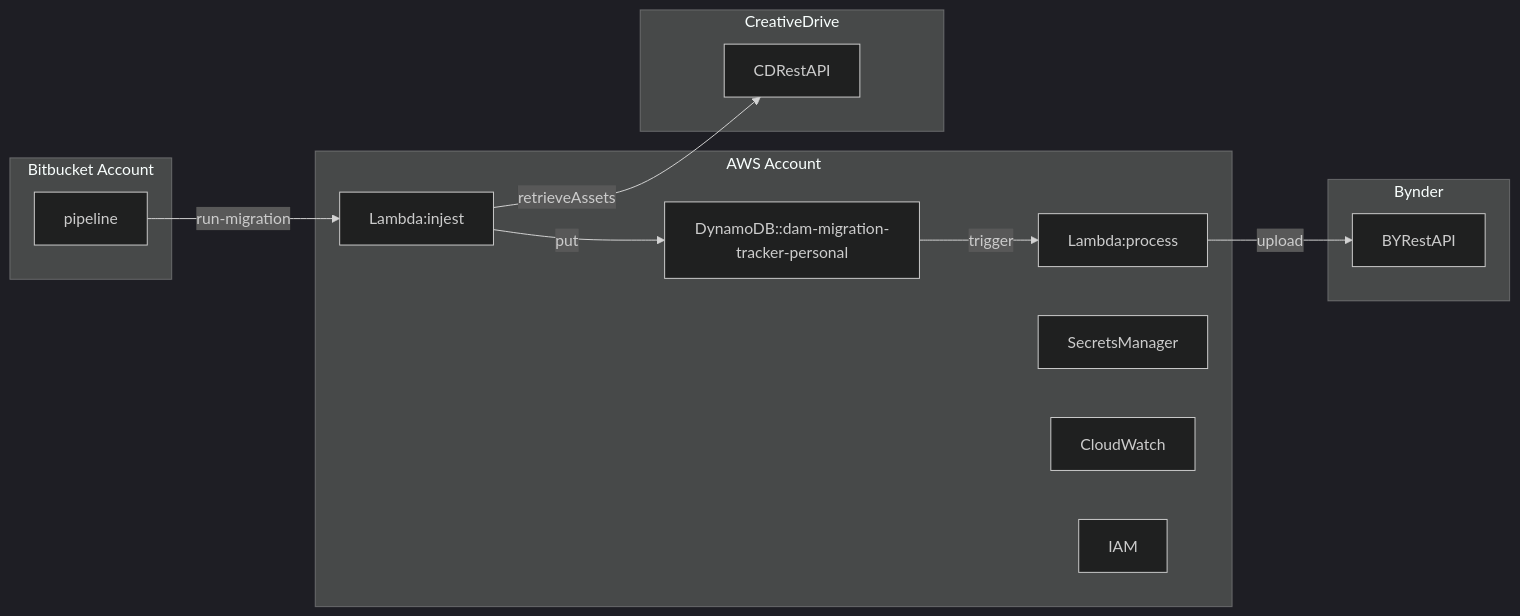
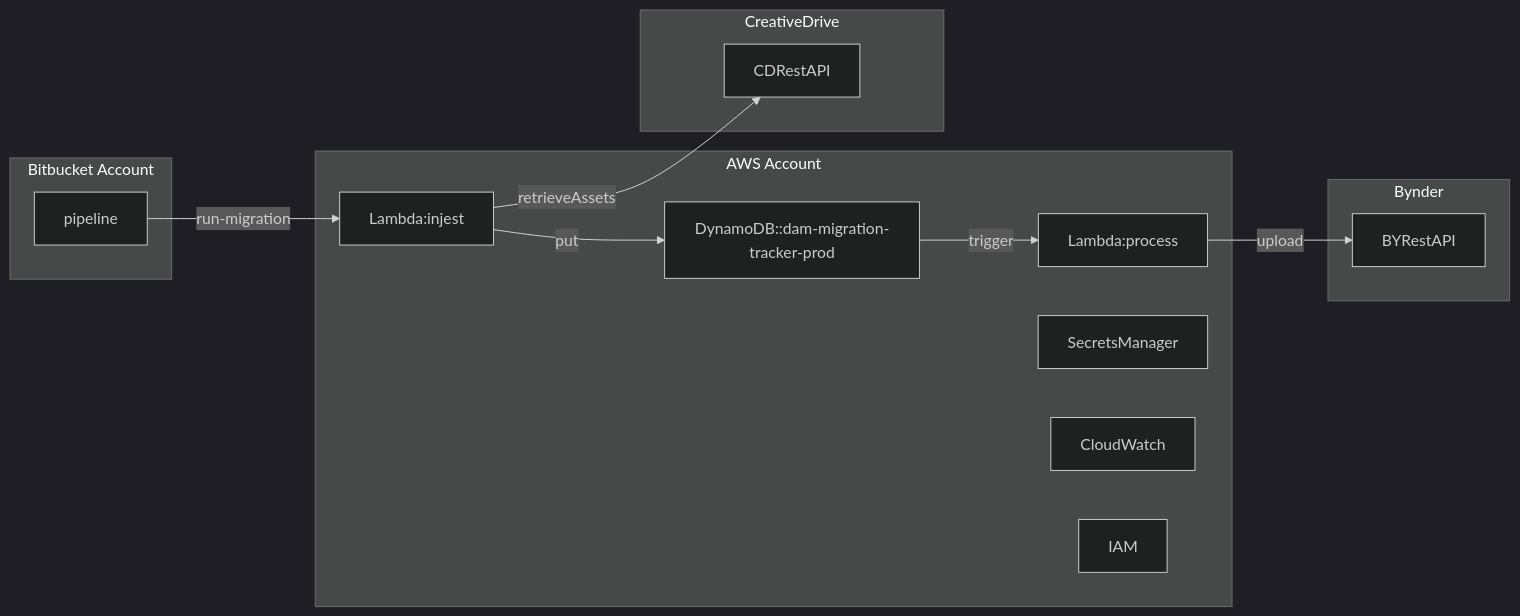
One commit to Kanhasasamal-123/cd-bynder-migration changed the diagram in infra_dia.mmd. Above: the diagram before and after it, drawn with Mermaid (dark theme). The commit also changed 6 other files, not shown here.

Commit message:
change environment personal -> prod

```diff
--- a/infra_dia.mmd
+++ b/infra_dia.mmd
@@ -1,23 +1,23 @@
 flowchart LR
 subgraph Bitbucket Account
 	pipeline
 end
 subgraph AWS Account
 	Lambda:injest
-	DynamoDB::dam-migration-tracker-personal
+	DynamoDB::dam-migration-tracker-prod
 	Lambda:process
 	SecretsManager
 	CloudWatch
 	IAM
 end
 subgraph CreativeDrive
 	CDRestAPI
 end
 subgraph Bynder
 	BYRestAPI
 end
 pipeline--run-migration-->Lambda:injest
 Lambda:injest--retrieveAssets-->CDRestAPI
-Lambda:injest--put-->DynamoDB::dam-migration-tracker-personal
-DynamoDB::dam-migration-tracker-personal--trigger-->Lambda:process
+Lambda:injest--put-->DynamoDB::dam-migration-tracker-prod
+DynamoDB::dam-migration-tracker-prod--trigger-->Lambda:process
 Lambda:process--upload-->BYRestAPI
```
